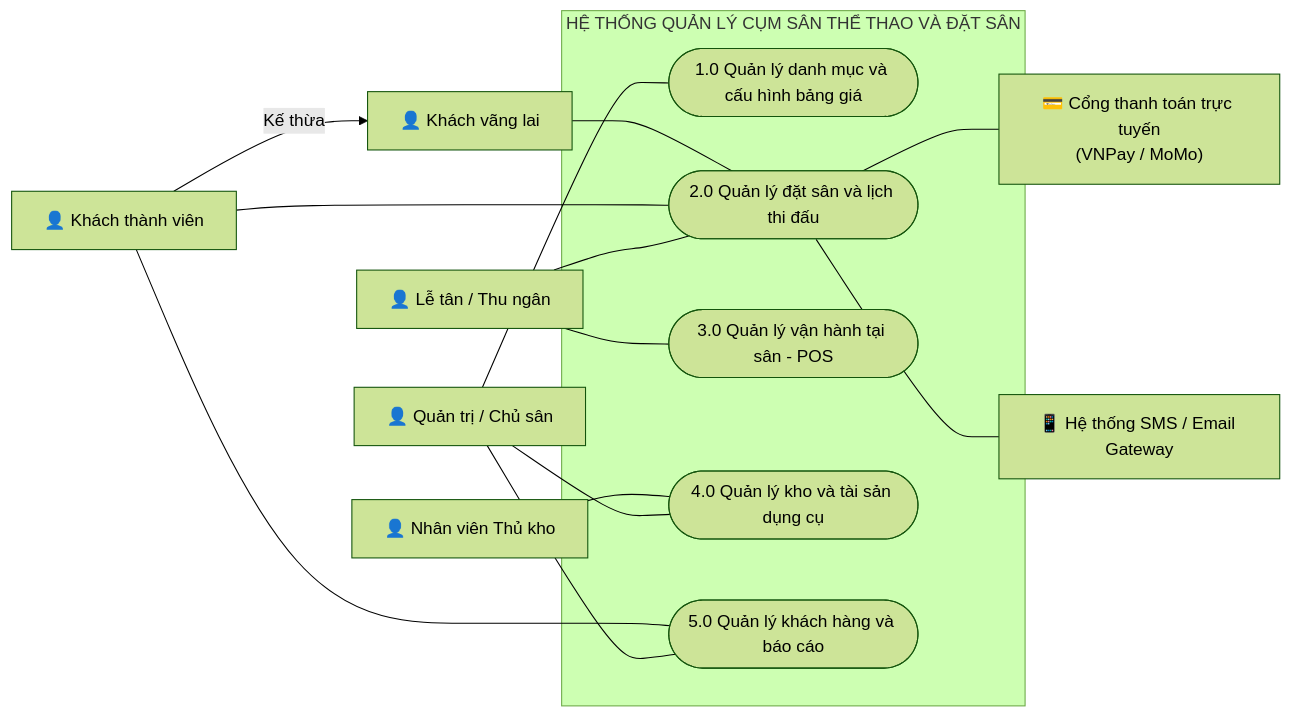
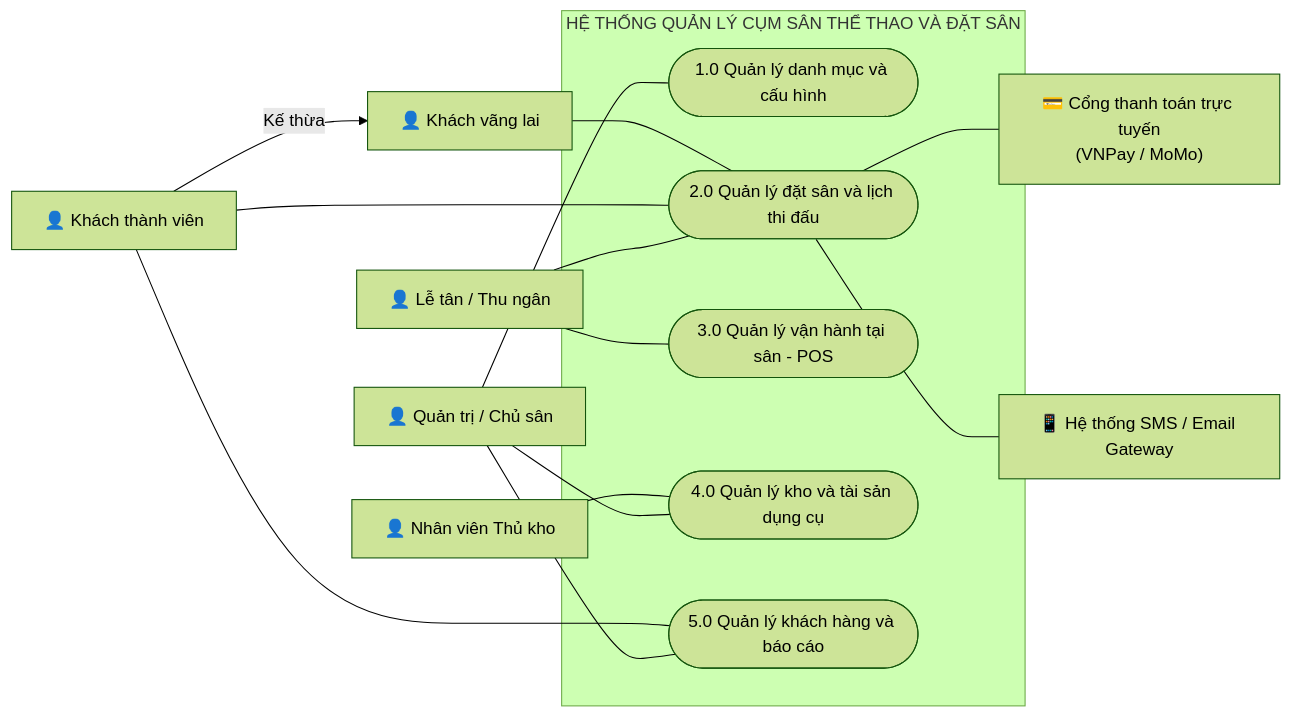
Before and after one commit to nphat-code/DoAn-OOAD-SGU: the second of 7 diagrams in BTH/BTH3_UsecaseDiagram/BTH3_UsecaseDiagram.md, drawn with Mermaid (forest theme). The commit also changed other lines of this file, not shown here.

Commit message:
refactor(bth3): strictly standardize Subsystem 1 name to 'Quản lý danh mục và cấu hình' matching BFD

````diff
--- a/BTH/BTH3_UsecaseDiagram/BTH3_UsecaseDiagram.md
+++ b/BTH/BTH3_UsecaseDiagram/BTH3_UsecaseDiagram.md
@@ -49,43 +49,43 @@
 ```mermaid
 flowchart LR
     %% Actors
     ActorGuest["👤 Khách vãng lai"]
     ActorCustomer["👤 Khách thành viên"]
     ActorStaff["👤 Lễ tân / Thu ngân"]
     ActorWarehouse["👤 Nhân viên Thủ kho"]
     ActorAdmin["👤 Quản trị / Chủ sân"]
 
     %% External System Actors
     ActorPayment["💳 Cổng thanh toán trực tuyến<br>(VNPay / MoMo)"]
     ActorNotify["📱 Hệ thống SMS / Email Gateway"]
 
     %% System Boundary bao trùm toàn bộ các Use Case
     subgraph System ["HỆ THỐNG QUẢN LÝ CỤM SÂN THỂ THAO VÀ ĐẶT SÂN"]
-        UC1(["1.0 Quản lý danh mục và cấu hình bảng giá"])
+        UC1(["1.0 Quản lý danh mục và cấu hình"])
         UC2(["2.0 Quản lý đặt sân và lịch thi đấu"])
         UC3(["3.0 Quản lý vận hành tại sân - POS"])
         UC4(["4.0 Quản lý kho và tài sản dụng cụ"])
         UC5(["5.0 Quản lý khách hàng và báo cáo"])
     end
 
     %% Actor Inheritance
     ActorCustomer -->|Kế thừa| ActorGuest
 
     %% Connections từ Actor vào Use Case
     ActorGuest --- UC2
     ActorCustomer --- UC2
     ActorCustomer --- UC5
 
     ActorStaff --- UC2
     ActorStaff --- UC3
 
     ActorWarehouse --- UC4
 
     ActorAdmin --- UC1
     ActorAdmin --- UC4
     ActorAdmin --- UC5
 
     %% Connections với Hệ thống ngoài
     UC2 --- ActorPayment
     UC2 --- ActorNotify
 ```
````
